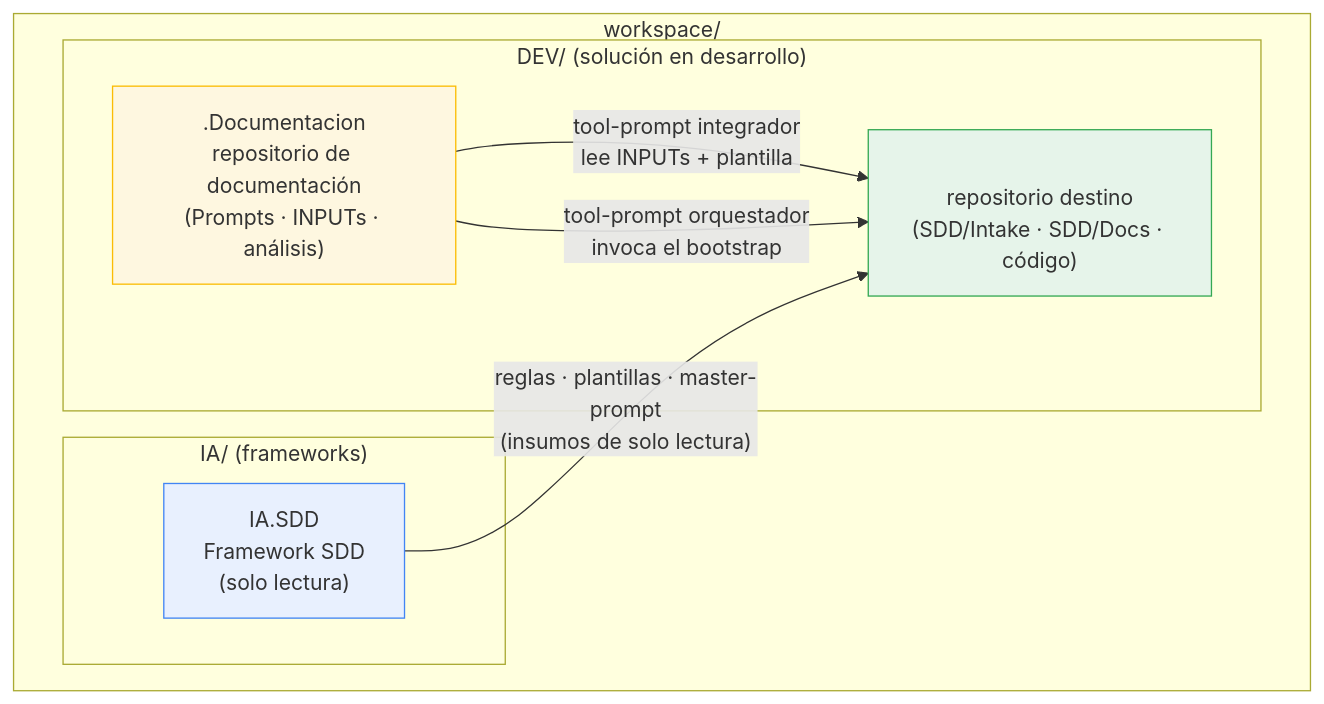
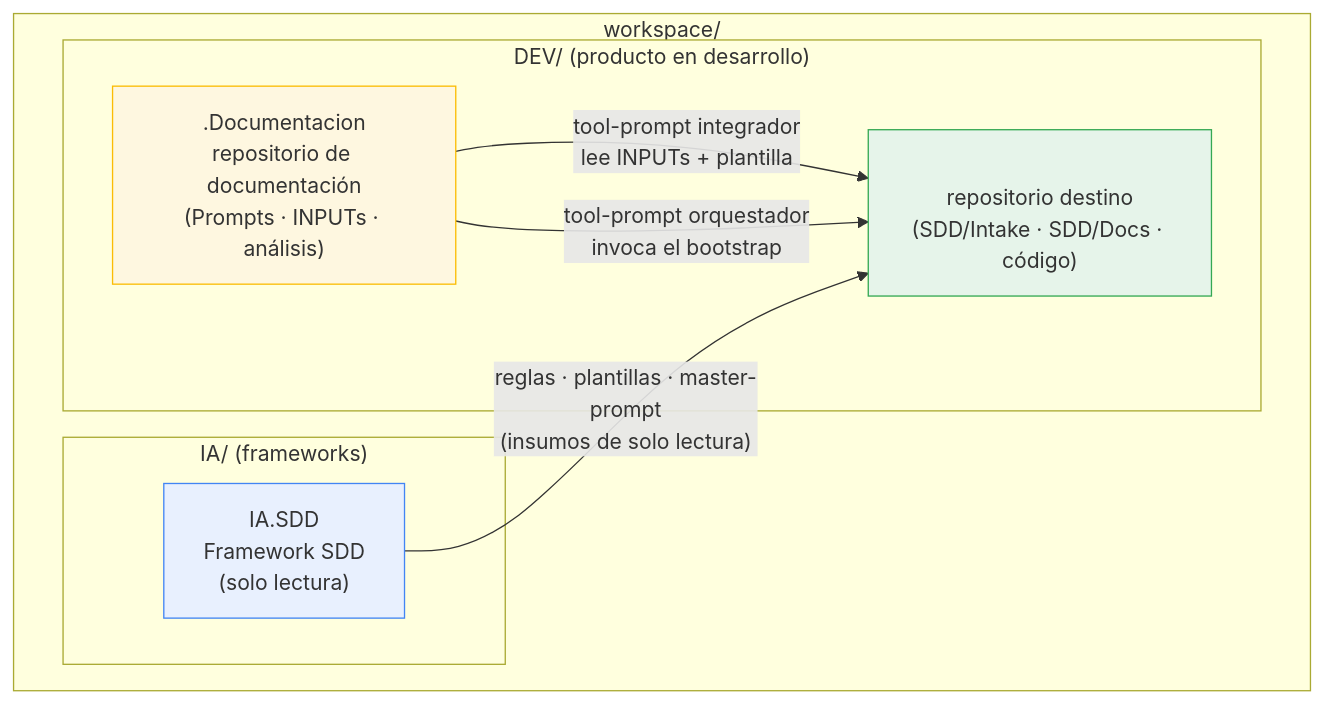
The first of 3 diagrams in SDD/Guides/SDD-Getting-Started-Guide.md (Aplicada-Streaming/IA.SDD), drawn with Mermaid before and after one commit. The commit also changed other lines of this file and 100 other files, not shown here.

````diff
--- a/SDD/Guides/SDD-Getting-Started-Guide.md
+++ b/SDD/Guides/SDD-Getting-Started-Guide.md
@@ -107,20 +107,20 @@
 ```mermaid
 flowchart TD
     subgraph WS["workspace/"]
         subgraph IA["IA/  (frameworks)"]
             SDD["IA.SDD<br/>Framework SDD<br/>(solo lectura)"]
         end
-        subgraph DEV["DEV/  (solución en desarrollo)"]
-            DEST["<Nombre-Solucion><br/>repositorio destino<br/>(SDD/Intake · SDD/Docs · código)"]
-            DOC["<Nombre-Solucion>.Documentacion<br/>repositorio de documentación<br/>(Prompts · INPUTs · análisis)"]
+        subgraph DEV["DEV/  (producto en desarrollo)"]
+            DEST["<Slug-Producto><br/>repositorio destino<br/>(SDD/Intake · SDD/Docs · código)"]
+            DOC["<Slug-Producto>.Documentacion<br/>repositorio de documentación<br/>(Prompts · INPUTs · análisis)"]
         end
     end
 
     DOC -- "tool-prompt integrador<br/>lee INPUTs + plantilla" --> DEST
     DOC -- "tool-prompt orquestador<br/>invoca el bootstrap" --> DEST
     SDD -- "reglas · plantillas · master-prompt<br/>(insumos de solo lectura)" --> DEST
 
     style SDD fill:#e8f0fe,stroke:#4285f4
     style DEST fill:#e6f4ea,stroke:#34a853
     style DOC fill:#fef7e0,stroke:#fbbc04
 ```
````
